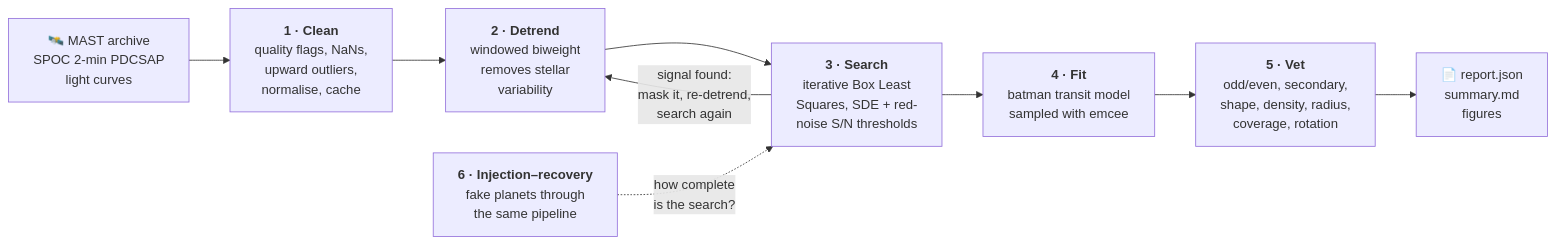
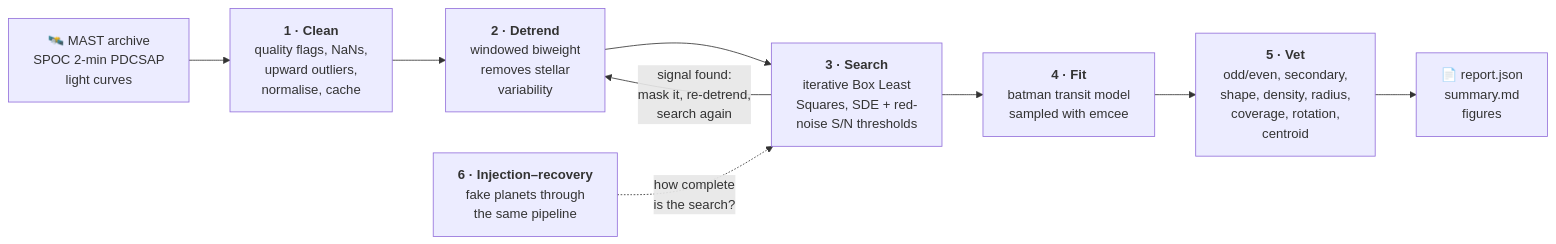
Before and after one commit to Comdex4/tess-transit-hunter: the first of 3 diagrams in README.md, drawn with Mermaid. The commit also changed other lines of this file and 1 other file, not shown here.

First line of the commit message:
Docs: list the centroid test in the README's tests table and diagram

````diff
--- a/README.md
+++ b/README.md
@@ -123,11 +123,11 @@
 ```mermaid
 flowchart LR
     A["🛰️ MAST archive<br/>SPOC 2-min PDCSAP<br/>light curves"] --> B["<b>1 · Clean</b><br/>quality flags, NaNs,<br/>upward outliers,<br/>normalise, cache"]
     B --> C["<b>2 · Detrend</b><br/>windowed biweight<br/>removes stellar<br/>variability"]
     C --> D["<b>3 · Search</b><br/>iterative Box Least<br/>Squares, SDE + red-<br/>noise S/N thresholds"]
     D -->|"signal found:<br/>mask it, re-detrend,<br/>search again"| C
     D --> E["<b>4 · Fit</b><br/>batman transit model<br/>sampled with emcee"]
-    E --> F["<b>5 · Vet</b><br/>odd/even, secondary,<br/>shape, density, radius,<br/>coverage, rotation"]
+    E --> F["<b>5 · Vet</b><br/>odd/even, secondary,<br/>shape, density, radius,<br/>coverage, rotation,<br/>centroid"]
     F --> G["📄 report.json<br/>summary.md<br/>figures"]
     H["<b>6 · Injection–recovery</b><br/>fake planets through<br/>the same pipeline"] -.->|"how complete<br/>is the search?"| D
 ```
````
